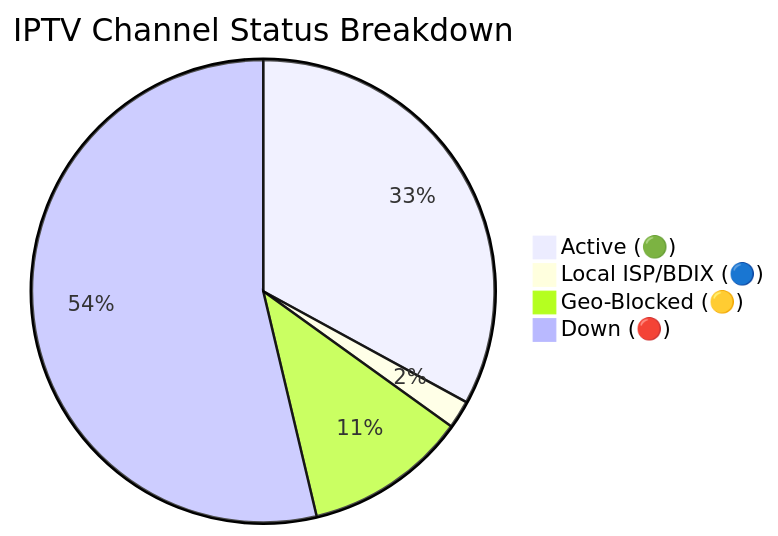
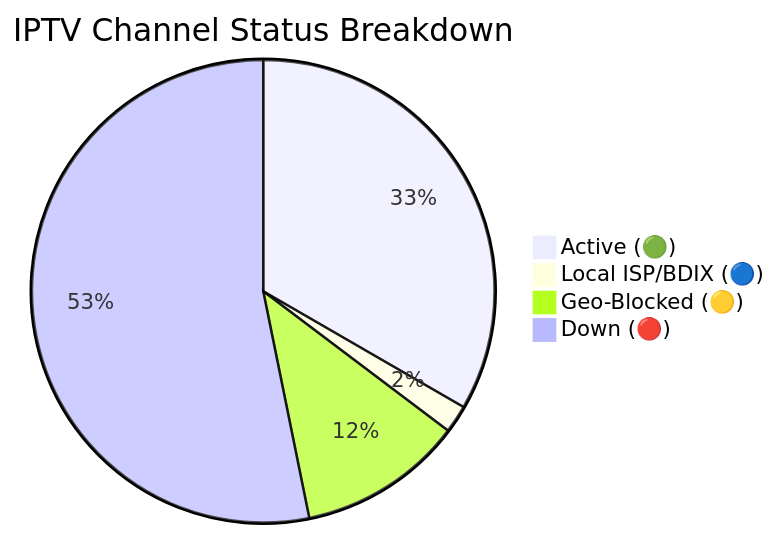
The diagram in README.md (andreataylord/Ip-tv-Collection), drawn with Mermaid before and after one commit. The commit also changed other lines of this file and 2 other files, not shown here.

````diff
--- a/README.md
+++ b/README.md
@@ -59,7 +59,7 @@
 ```mermaid
 pie title IPTV Channel Status Breakdown
-    "Active (🟢)" : 2150
+    "Active (🟢)" : 2196
     "Local ISP/BDIX (🔵)" : 128
-    "Geo-Blocked (🟡)" : 742
-    "Down (🔴)" : 3504
+    "Geo-Blocked (🟡)" : 759
+    "Down (🔴)" : 3503
 ```
````
